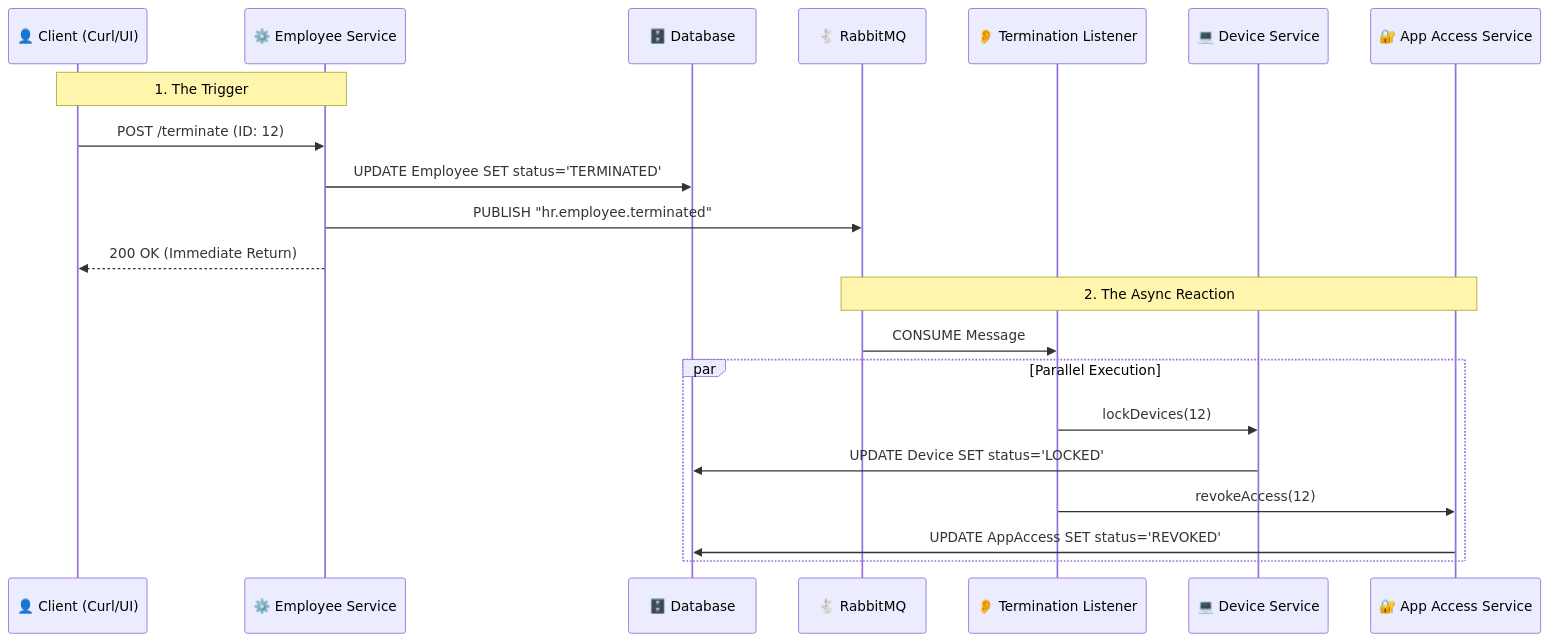
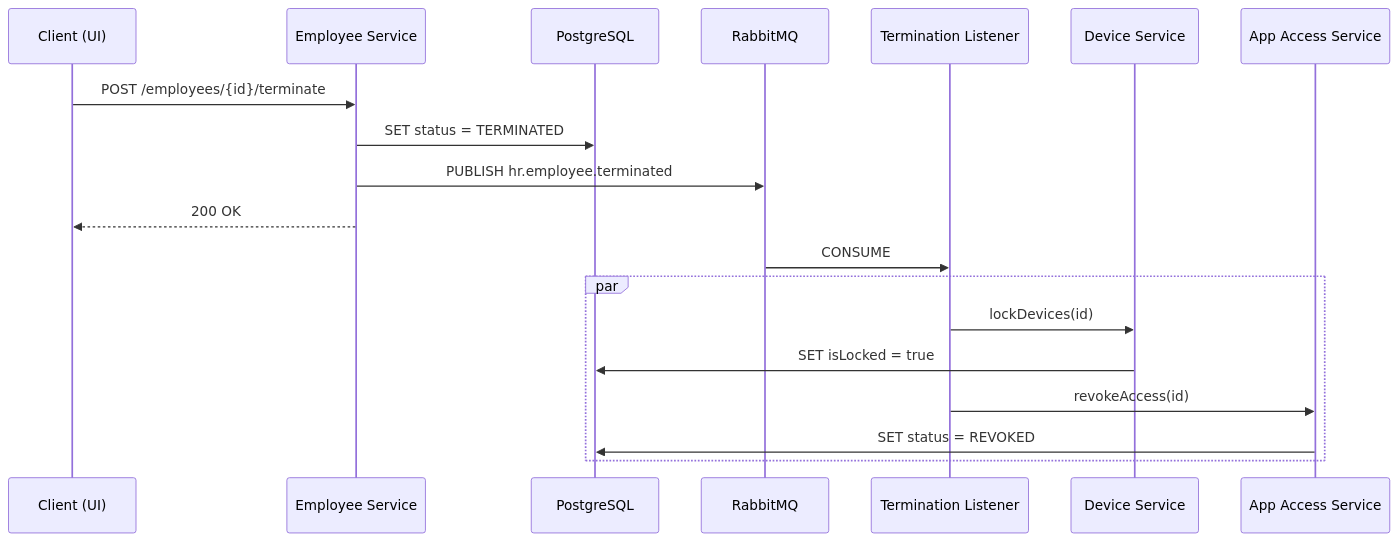
One commit to carsonjc04/Hive-Engine changed the diagram in README.md. Above: the diagram before and after it, drawn with Mermaid. The commit also changed other lines of this file, not shown here.

````diff
--- a/README.md
+++ b/README.md
@@ -18,27 +9,23 @@
 ```mermaid
 sequenceDiagram
-    participant Client as 👤 Client (Curl/UI)
-    participant API as ⚙️ Employee Service
-    participant DB as 🗄️ Database
-    participant MQ as 🐇 RabbitMQ
-    participant Listener as 👂 Termination Listener
-    participant Device as 💻 Device Service
-    participant App as 🔐 App Access Service
+    participant Client as Client (UI)
+    participant API as Employee Service
+    participant DB as PostgreSQL
+    participant MQ as RabbitMQ
+    participant Listener as Termination Listener
+    participant Device as Device Service
+    participant App as App Access Service
 
-    Note over Client, API: 1. The Trigger
-    Client->>API: POST /terminate (ID: 12)
-    API->>DB: UPDATE Employee SET status='TERMINATED'
-    API->>MQ: PUBLISH "hr.employee.terminated"
-    API-->>Client: 200 OK (Immediate Return)
+    Client->>API: POST /employees/{id}/terminate
+    API->>DB: SET status = TERMINATED
+    API->>MQ: PUBLISH hr.employee.terminated
+    API-->>Client: 200 OK
 
-    Note over MQ, App: 2. The Async Reaction
-    MQ->>Listener: CONSUME Message
-    
-    par Parallel Execution
-        Listener->>Device: lockDevices(12)
-        Device->>DB: UPDATE Device SET status='LOCKED'
-        
-        Listener->>App: revokeAccess(12)
-        App->>DB: UPDATE AppAccess SET status='REVOKED'
+    MQ->>Listener: CONSUME
+    par
+        Listener->>Device: lockDevices(id)
+        Device->>DB: SET isLocked = true
+        Listener->>App: revokeAccess(id)
+        App->>DB: SET status = REVOKED
     end
 ```
````
